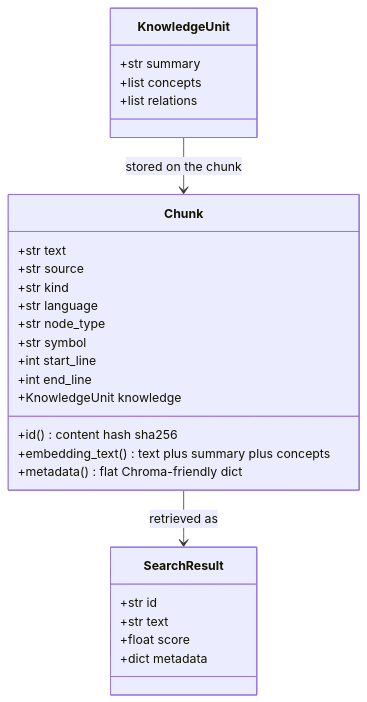
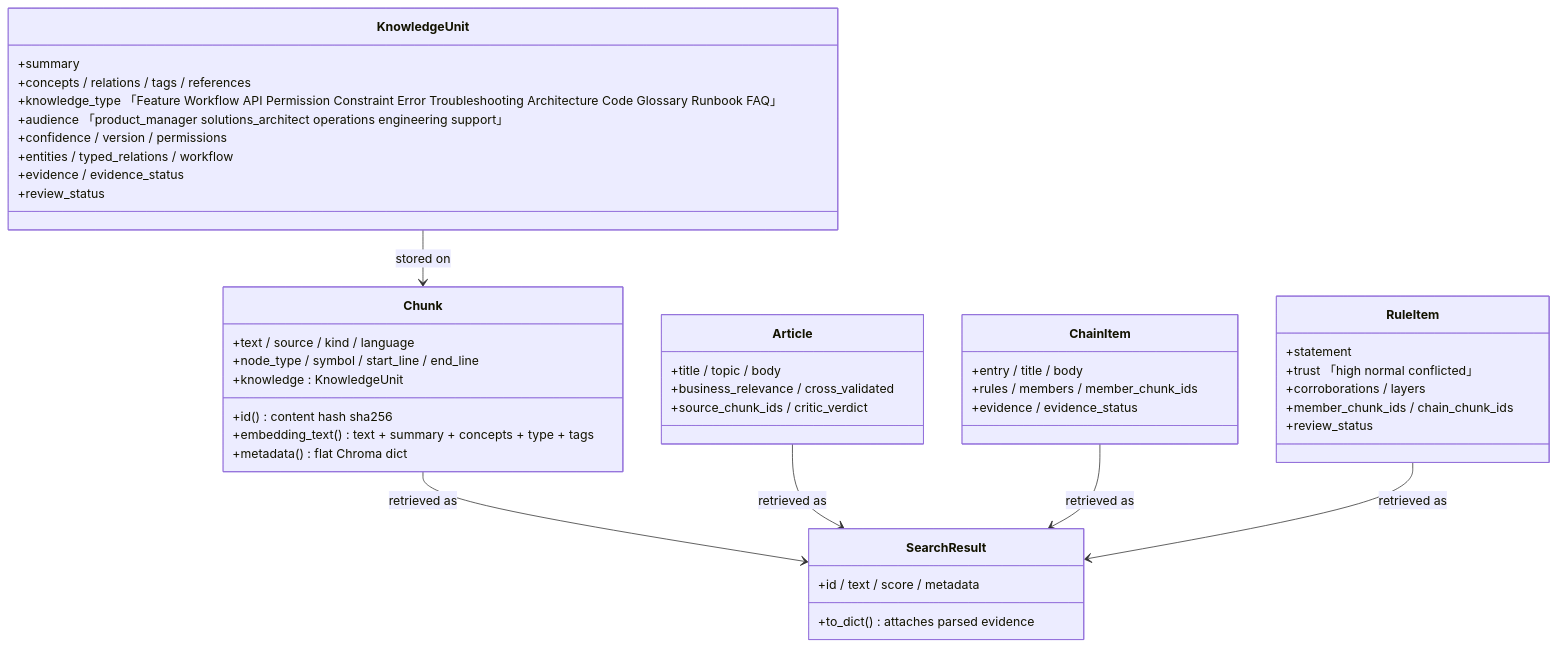
The seventh of 7 diagrams in README.md (b5336789/open-domain-mcp), drawn with Mermaid before and after one commit. The commit also changed other lines of this file, not shown here.

First line of the commit message:
docs: rewrite README for the current platform, redraw all mermaid diagrams

````diff
--- a/README.md
+++ b/README.md
@@ -244,30 +489,47 @@
 ```mermaid
 classDiagram
     class KnowledgeUnit {
-      +str summary
-      +list concepts
-      +list relations
+      +summary
+      +concepts / relations / tags / references
+      +knowledge_type  「Feature Workflow API Permission Constraint Error Troubleshooting Architecture Code Glossary Runbook FAQ」
+      +audience  「product_manager solutions_architect operations engineering support」
+      +confidence / version / permissions
+      +entities / typed_relations / workflow
+      +evidence / evidence_status
+      +review_status
     }
     class Chunk {
-      +str text
-      +str source
-      +str kind
-      +str language
-      +str node_type
-      +str symbol
-      +int start_line
-      +int end_line
-      +KnowledgeUnit knowledge
+      +text / source / kind / language
+      +node_type / symbol / start_line / end_line
+      +knowledge : KnowledgeUnit
       +id() content hash sha256
-      +embedding_text() text plus summary plus concepts
-      +metadata() flat Chroma-friendly dict
+      +embedding_text() text + summary + concepts + type + tags
+      +metadata() flat Chroma dict
     }
     class SearchResult {
-      +str id
-      +str text
-      +float score
-      +dict metadata
+      +id / text / score / metadata
+      +to_dict() attaches parsed evidence
     }
-    KnowledgeUnit --> Chunk : stored on the chunk
+    class Article {
+      +title / topic / body
+      +business_relevance / cross_validated
+      +source_chunk_ids / critic_verdict
+    }
+    class ChainItem {
+      +entry / title / body
+      +rules / members / member_chunk_ids
+      +evidence / evidence_status
+    }
+    class RuleItem {
+      +statement
+      +trust  「high normal conflicted」
+      +corroborations / layers
+      +member_chunk_ids / chain_chunk_ids
+      +review_status
+    }
+    KnowledgeUnit --> Chunk : stored on
     Chunk --> SearchResult : retrieved as
+    Article --> SearchResult : retrieved as
+    ChainItem --> SearchResult : retrieved as
+    RuleItem --> SearchResult : retrieved as
 ```
````
